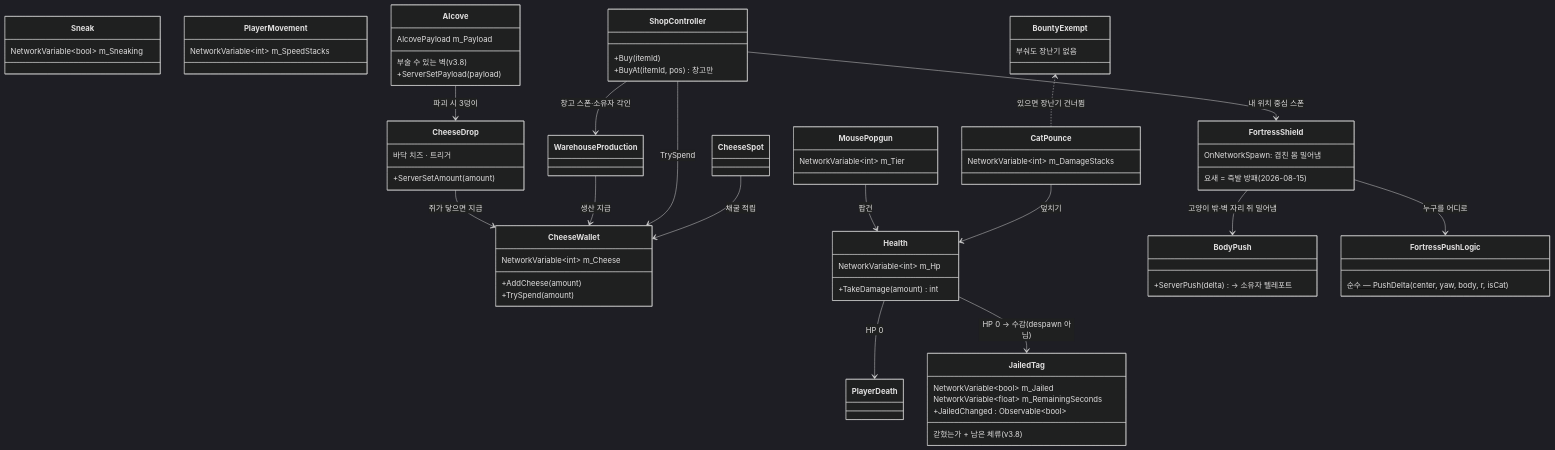
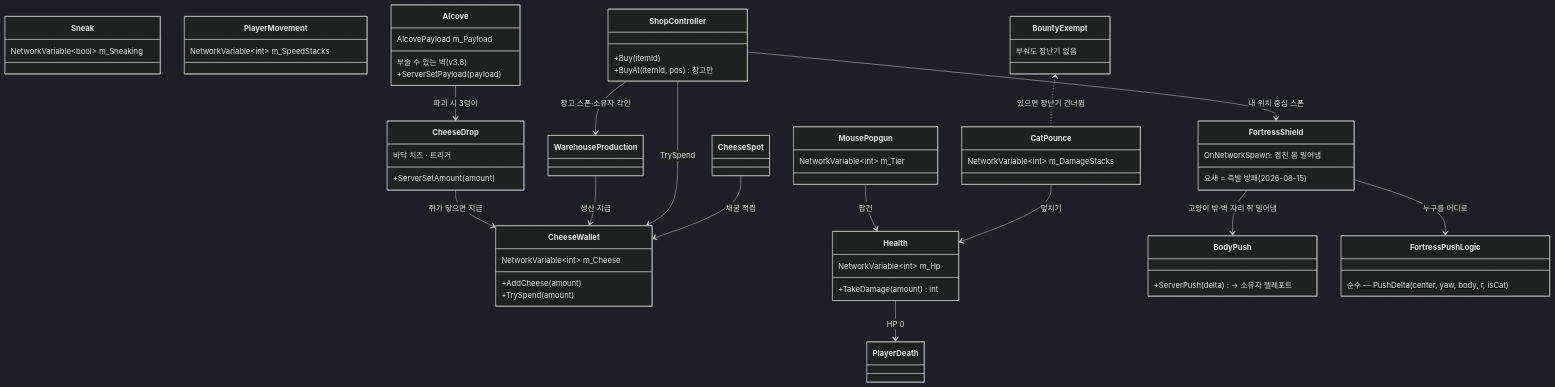
One commit to JeahanPark/The-Cheese-Thief-and-the-Cat changed the sixth of 17 diagrams in CTC/docs/design-vault/코드 다이어그램.md. Above: the diagram before and after it, drawn with Mermaid (dark theme). The commit also changed other lines of this file and 75 other files, not shown here.

Commit message:
feat(match): 감옥 시스템 삭제 — 쥐는 잡히면 즉시 탈락(관전) · JailDirector/JailedTag/JailLogic/JailHud·맵 창살·CSV Jail* 6칸·봇 구출/간수·qa_v39 제거 · MatchFlowLogic.Evaluate(armed,cats,mice) · 따봉은 관전자만 · 문서(규칙 페이지·코드 다이어그램·핸드오프)

````diff
--- a/CTC/docs/design-vault/코드 다이어그램.md
+++ b/CTC/docs/design-vault/코드 다이어그램.md
@@ -147,73 +143,66 @@
 ```mermaid
 classDiagram
     direction TB
 
     class CheeseWallet {
         NetworkVariable~int~ m_Cheese
         +AddCheese(amount)
         +TrySpend(amount)
     }
     class Health {
         NetworkVariable~int~ m_Hp
         +TakeDamage(amount) int
     }
     class CatPounce {
         NetworkVariable~int~ m_DamageStacks
     }
     class MousePopgun {
         NetworkVariable~int~ m_Tier
     }
     class Sneak {
         NetworkVariable~bool~ m_Sneaking
     }
     class PlayerMovement {
         NetworkVariable~int~ m_SpeedStacks
     }
     class ShopController {
         +Buy(itemId)
         +BuyAt(itemId, pos) 창고만
     }
     class FortressShield {
         요새 = 즉발 방패 (2026-08-15)
         OnNetworkSpawn: 겹친 몸 밀어냄
     }
     class BodyPush {
         +ServerPush(delta) → 소유자 텔레포트
     }
     class FortressPushLogic {
         순수 — PushDelta(center, yaw, body, r, isCat)$
     }
     class Alcove {
         부술 수 있는 벽 (v3.8)
         AlcovePayload m_Payload
         +ServerSetPayload(payload)
     }
     class CheeseDrop {
         바닥 치즈 · 트리거
         +ServerSetAmount(amount)
     }
     class BountyExempt {
         부숴도 장난기 없음
     }
-    class JailedTag {
-        갇혔는가 + 남은 체류 (v3.8)
-        NetworkVariable~bool~ m_Jailed
-        NetworkVariable~float~ m_RemainingSeconds
-        +JailedChanged : Observable~bool~
-    }
 
     CheeseSpot --> CheeseWallet : 채굴 적립
     ShopController --> CheeseWallet : TrySpend
     ShopController --> WarehouseProduction : 창고 스폰·소유자 각인
     ShopController --> FortressShield : 내 위치 중심 스폰
     FortressShield --> FortressPushLogic : 누구를 어디로
     FortressShield --> BodyPush : 고양이 밖·벽 자리 쥐 밀어냄
     WarehouseProduction --> CheeseWallet : 생산 지급
     CatPounce --> Health : 덮치기
     MousePopgun --> Health : 팝건
     Health --> PlayerDeath : HP 0
     Alcove --> CheeseDrop : 파괴 시 3덩이
     CheeseDrop --> CheeseWallet : 쥐가 닿으면 지급
     BountyExempt <.. CatPounce : 있으면 장난기 건너뜀
-    Health --> JailedTag : HP 0 → 수감(despawn 아님)
 ```
````
